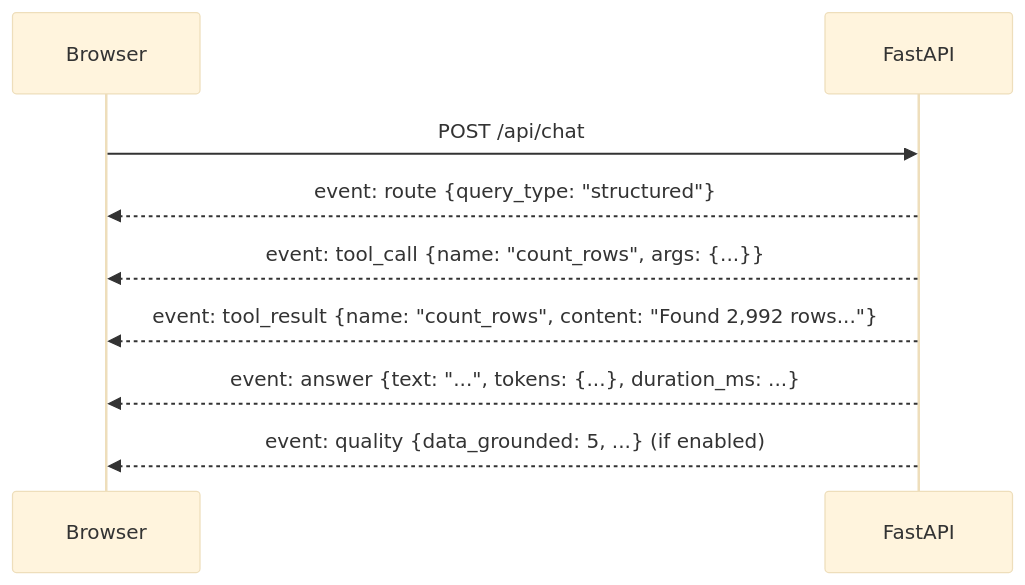
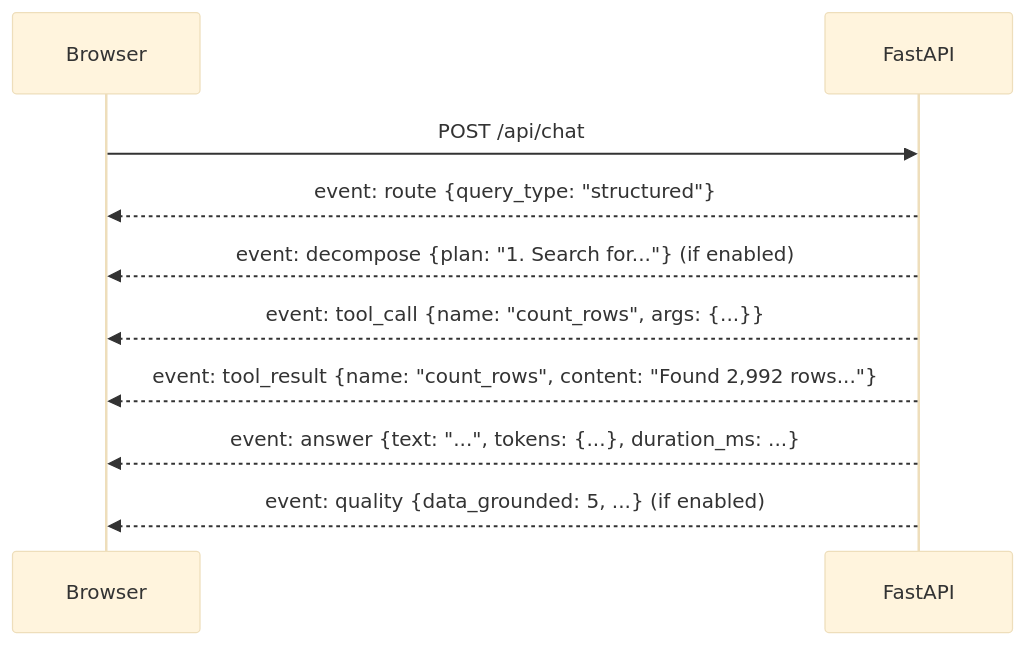
Before and after one commit to ilyaka-gmx/ilyaka-cs-data-analyst-agent: the sixth of 6 diagrams in docs/architecture.md, drawn with Mermaid (base theme). The commit also changed other lines of this file and 35 other files, not shown here.

````diff
--- a/docs/architecture.md
+++ b/docs/architecture.md
@@ -345,12 +404,13 @@
 ```mermaid
 sequenceDiagram
     participant B as Browser
     participant S as FastAPI
 
     B->>S: POST /api/chat
     S-->>B: event: route {query_type: "structured"}
+    S-->>B: event: decompose {plan: "1. Search for..."} (if enabled)
     S-->>B: event: tool_call {name: "count_rows", args: {...}}
     S-->>B: event: tool_result {name: "count_rows", content: "Found 2,992 rows..."}
     S-->>B: event: answer {text: "...", tokens: {...}, duration_ms: ...}
     S-->>B: event: quality {data_grounded: 5, ...} (if enabled)
 ```
````
